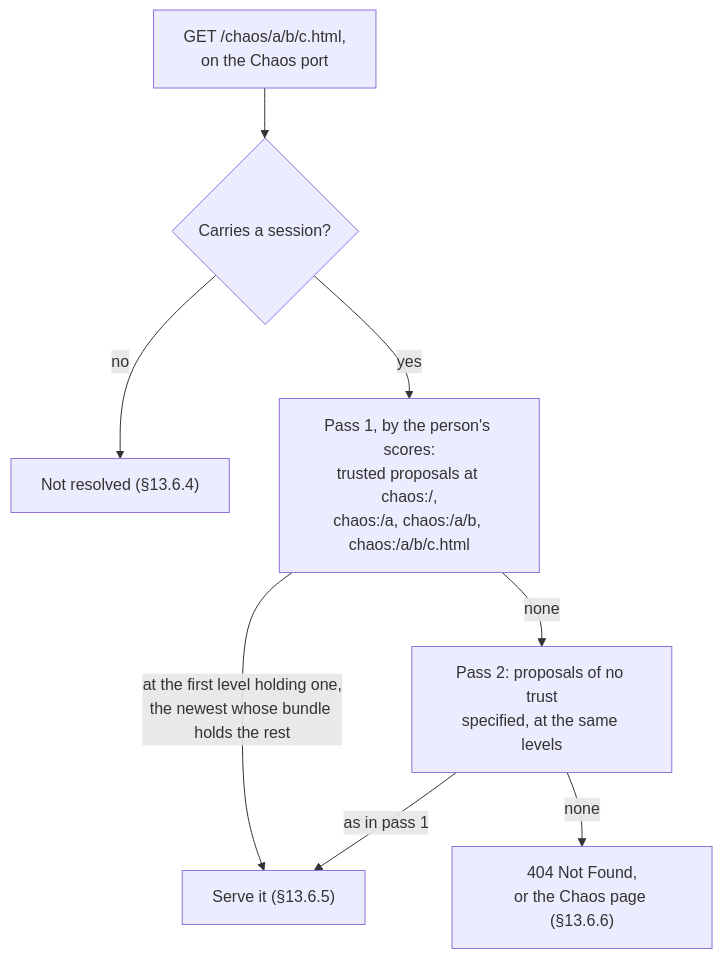
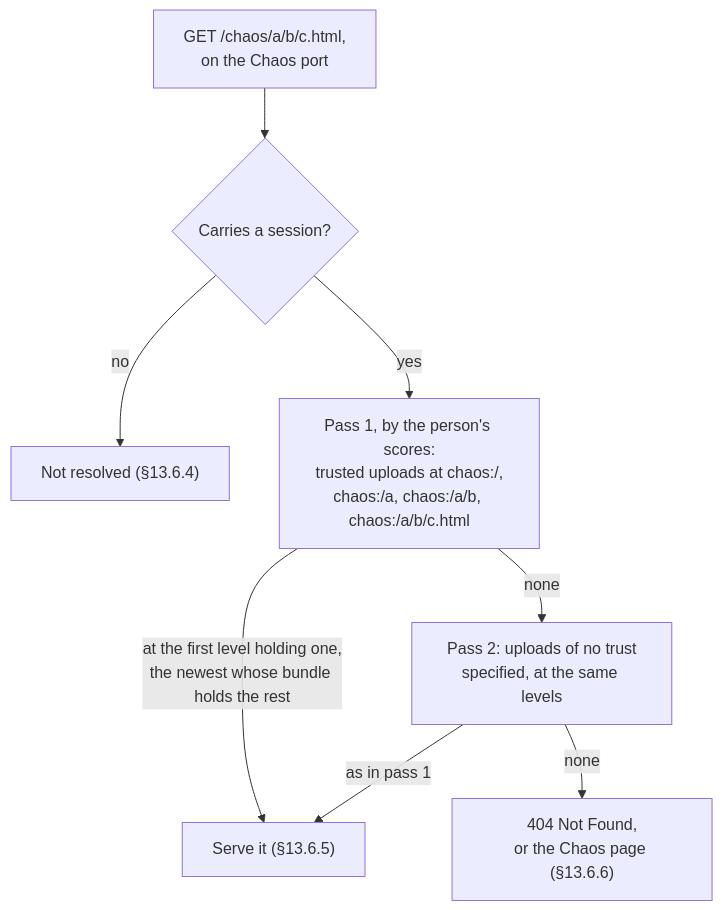
Before and after one commit to marcpage/libranet: diagram 13 of 14 in docs/specs/HttpApi.md, drawn with Mermaid. The commit also changed other lines of this file and 21 other files, not shown here.

First line of the commit message:
Rename Chaos "proposals" to "uploads" everywhere (#682) (#686)

````diff
--- a/docs/specs/HttpApi.md
+++ b/docs/specs/HttpApi.md
@@ -3662,10 +3663,10 @@
 ```mermaid
 flowchart TD
     req["GET /chaos/a/b/c.html,<br/>on the Chaos port"] --> session{"Carries a session?"}
     session -->|no| refused["Not resolved (§13.6.4)"]
-    session -->|yes| trusted["Pass 1, by the person's scores:<br/>trusted proposals at chaos:/,<br/>chaos:/a, chaos:/a/b, chaos:/a/b/c.html"]
+    session -->|yes| trusted["Pass 1, by the person's scores:<br/>trusted uploads at chaos:/,<br/>chaos:/a, chaos:/a/b, chaos:/a/b/c.html"]
     trusted -->|"at the first level holding one,<br/>the newest whose bundle holds the rest"| serve["Serve it (§13.6.5)"]
-    trusted -->|none| unknown["Pass 2: proposals of no trust<br/>specified, at the same levels"]
+    trusted -->|none| unknown["Pass 2: uploads of no trust<br/>specified, at the same levels"]
     unknown -->|"as in pass 1"| serve
     unknown -->|none| missing["404 Not Found,<br/>or the Chaos page (§13.6.6)"]
 ```
````
